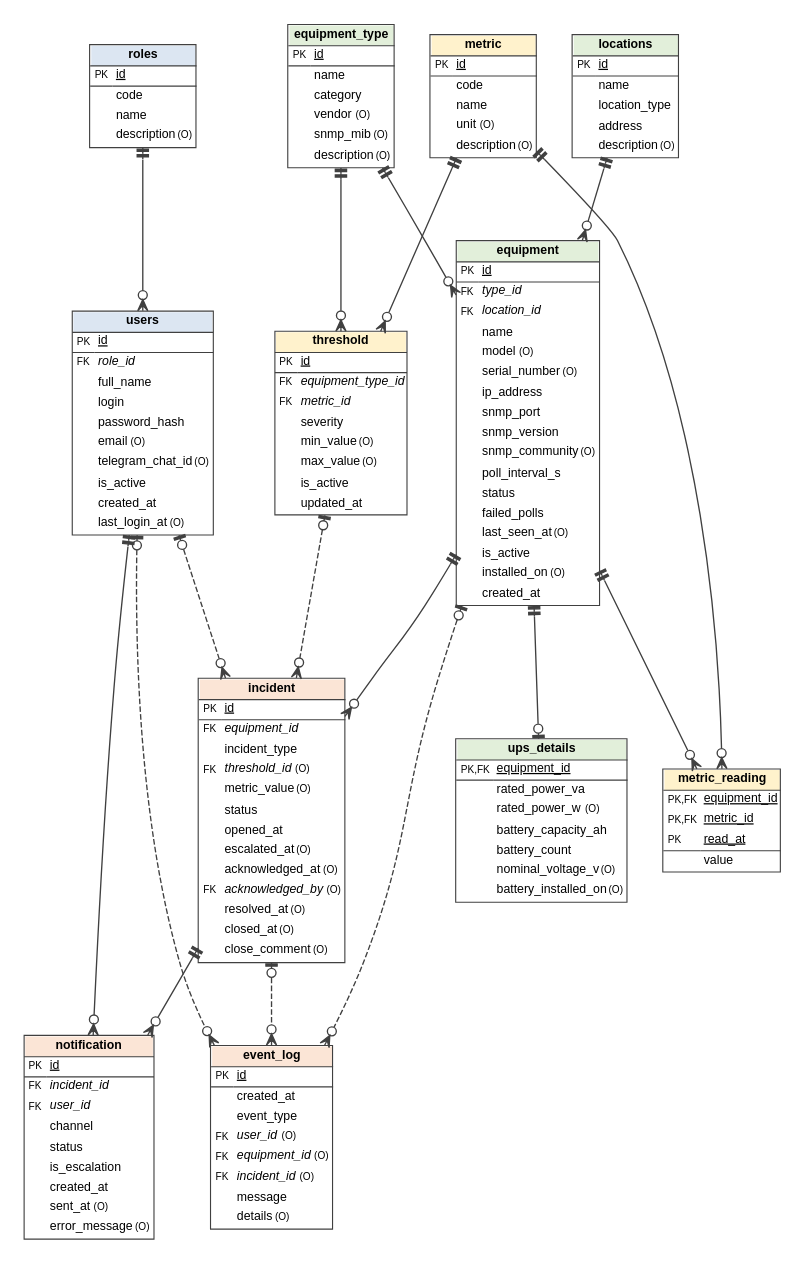
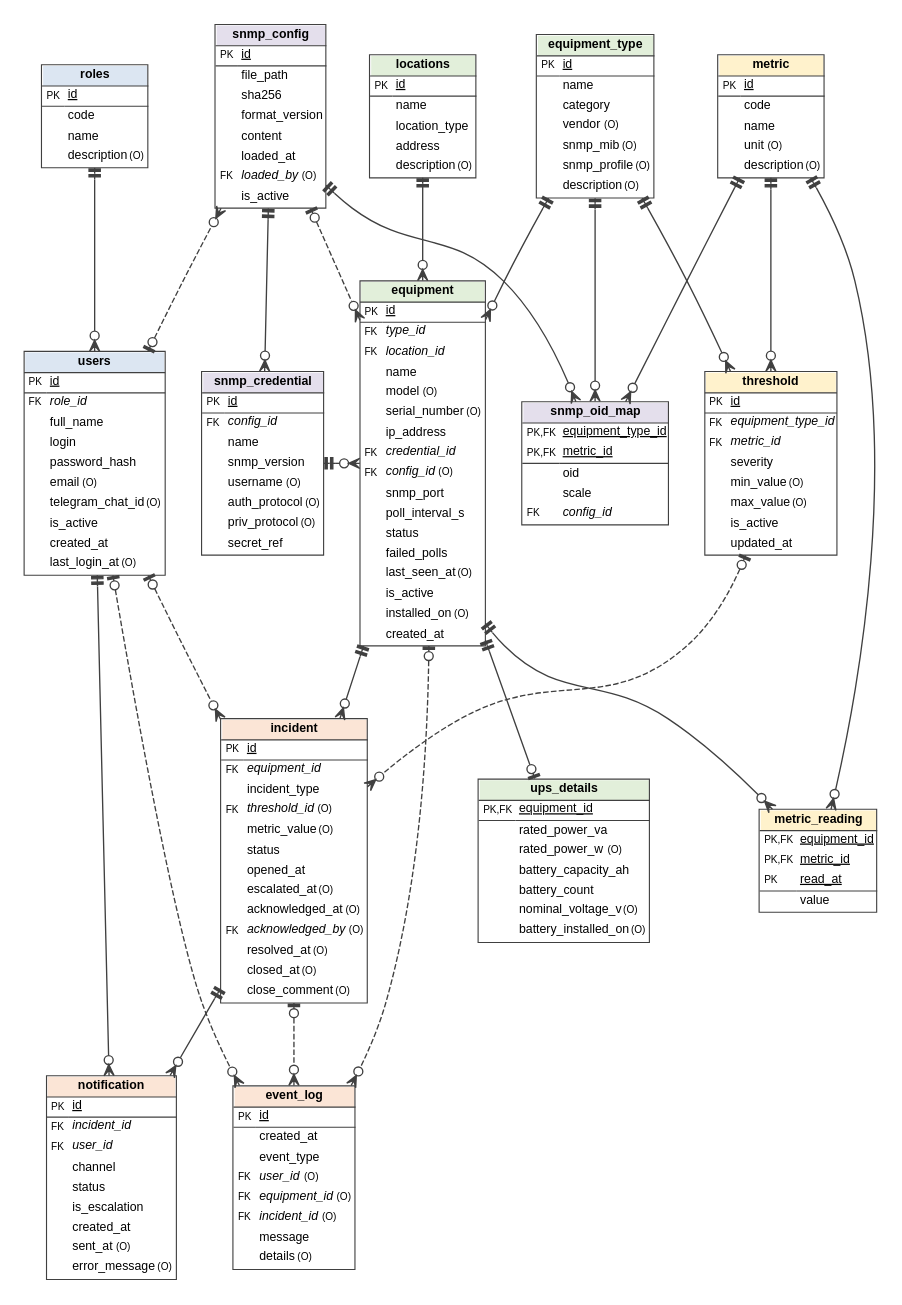
Before and after one commit to KrutoiPatsan13/laba1: the diagram in docs/diagrams/src/03_logical_er.dot, drawn with Graphviz. The commit also changed 18 other files, not shown here.

First line of the commit message:
Link the DB model to the SNMP YAML config file

```diff
--- a/docs/diagrams/src/03_logical_er.dot
+++ b/docs/diagrams/src/03_logical_er.dot
@@ -5,9 +5,12 @@
   roles [label=<<TABLE BORDER="1" CELLBORDER="0" CELLSPACING="0" CELLPADDING="3" COLOR="#404040"><TR><TD COLSPAN="2" BGCOLOR="#DCE6F2" ALIGN="CENTER"><B>roles</B></TD></TR><HR/><TR><TD ALIGN="LEFT"><FONT POINT-SIZE="9">PK</FONT></TD><TD ALIGN="LEFT"><U>id</U></TD></TR><HR/><TR><TD ALIGN="LEFT"> </TD><TD ALIGN="LEFT">code</TD></TR><TR><TD ALIGN="LEFT"> </TD><TD ALIGN="LEFT">name</TD></TR><TR><TD ALIGN="LEFT"> </TD><TD ALIGN="LEFT">description <FONT POINT-SIZE="9">(O)</FONT></TD></TR></TABLE>>];
   users [label=<<TABLE BORDER="1" CELLBORDER="0" CELLSPACING="0" CELLPADDING="3" COLOR="#404040"><TR><TD COLSPAN="2" BGCOLOR="#DCE6F2" ALIGN="CENTER"><B>users</B></TD></TR><HR/><TR><TD ALIGN="LEFT"><FONT POINT-SIZE="9">PK</FONT></TD><TD ALIGN="LEFT"><U>id</U></TD></TR><HR/><TR><TD ALIGN="LEFT"><FONT POINT-SIZE="9">FK</FONT></TD><TD ALIGN="LEFT"><I>role_id</I></TD></TR><TR><TD ALIGN="LEFT"> </TD><TD ALIGN="LEFT">full_name</TD></TR><TR><TD ALIGN="LEFT"> </TD><TD ALIGN="LEFT">login</TD></TR><TR><TD ALIGN="LEFT"> </TD><TD ALIGN="LEFT">password_hash</TD></TR><TR><TD ALIGN="LEFT"> </TD><TD ALIGN="LEFT">email <FONT POINT-SIZE="9">(O)</FONT></TD></TR><TR><TD ALIGN="LEFT"> </TD><TD ALIGN="LEFT">telegram_chat_id <FONT POINT-SIZE="9">(O)</FONT></TD></TR><TR><TD ALIGN="LEFT"> </TD><TD ALIGN="LEFT">is_active</TD></TR><TR><TD ALIGN="LEFT"> </TD><TD ALIGN="LEFT">created_at</TD></TR><TR><TD ALIGN="LEFT"> </TD><TD ALIGN="LEFT">last_login_at <FONT POINT-SIZE="9">(O)</FONT></TD></TR></TABLE>>];
   locations [label=<<TABLE BORDER="1" CELLBORDER="0" CELLSPACING="0" CELLPADDING="3" COLOR="#404040"><TR><TD COLSPAN="2" BGCOLOR="#E2EFDA" ALIGN="CENTER"><B>locations</B></TD></TR><HR/><TR><TD ALIGN="LEFT"><FONT POINT-SIZE="9">PK</FONT></TD><TD ALIGN="LEFT"><U>id</U></TD></TR><HR/><TR><TD ALIGN="LEFT"> </TD><TD ALIGN="LEFT">name</TD></TR><TR><TD ALIGN="LEFT"> </TD><TD ALIGN="LEFT">location_type</TD></TR><TR><TD ALIGN="LEFT"> </TD><TD ALIGN="LEFT">address</TD></TR><TR><TD ALIGN="LEFT"> </TD><TD ALIGN="LEFT">description <FONT POINT-SIZE="9">(O)</FONT></TD></TR></TABLE>>];
-  equipment_type [label=<<TABLE BORDER="1" CELLBORDER="0" CELLSPACING="0" CELLPADDING="3" COLOR="#404040"><TR><TD COLSPAN="2" BGCOLOR="#E2EFDA" ALIGN="CENTER"><B>equipment_type</B></TD></TR><HR/><TR><TD ALIGN="LEFT"><FONT POINT-SIZE="9">PK</FONT></TD><TD ALIGN="LEFT"><U>id</U></TD></TR><HR/><TR><TD ALIGN="LEFT"> </TD><TD ALIGN="LEFT">name</TD></TR><TR><TD ALIGN="LEFT"> </TD><TD ALIGN="LEFT">category</TD></TR><TR><TD ALIGN="LEFT"> </TD><TD ALIGN="LEFT">vendor <FONT POINT-SIZE="9">(O)</FONT></TD></TR><TR><TD ALIGN="LEFT"> </TD><TD ALIGN="LEFT">snmp_mib <FONT POINT-SIZE="9">(O)</FONT></TD></TR><TR><TD ALIGN="LEFT"> </TD><TD ALIGN="LEFT">description <FONT POINT-SIZE="9">(O)</FONT></TD></TR></TABLE>>];
+  equipment_type [label=<<TABLE BORDER="1" CELLBORDER="0" CELLSPACING="0" CELLPADDING="3" COLOR="#404040"><TR><TD COLSPAN="2" BGCOLOR="#E2EFDA" ALIGN="CENTER"><B>equipment_type</B></TD></TR><HR/><TR><TD ALIGN="LEFT"><FONT POINT-SIZE="9">PK</FONT></TD><TD ALIGN="LEFT"><U>id</U></TD></TR><HR/><TR><TD ALIGN="LEFT"> </TD><TD ALIGN="LEFT">name</TD></TR><TR><TD ALIGN="LEFT"> </TD><TD ALIGN="LEFT">category</TD></TR><TR><TD ALIGN="LEFT"> </TD><TD ALIGN="LEFT">vendor <FONT POINT-SIZE="9">(O)</FONT></TD></TR><TR><TD ALIGN="LEFT"> </TD><TD ALIGN="LEFT">snmp_mib <FONT POINT-SIZE="9">(O)</FONT></TD></TR><TR><TD ALIGN="LEFT"> </TD><TD ALIGN="LEFT">snmp_profile <FONT POINT-SIZE="9">(O)</FONT></TD></TR><TR><TD ALIGN="LEFT"> </TD><TD ALIGN="LEFT">description <FONT POINT-SIZE="9">(O)</FONT></TD></TR></TABLE>>];
   metric [label=<<TABLE BORDER="1" CELLBORDER="0" CELLSPACING="0" CELLPADDING="3" COLOR="#404040"><TR><TD COLSPAN="2" BGCOLOR="#FFF2CC" ALIGN="CENTER"><B>metric</B></TD></TR><HR/><TR><TD ALIGN="LEFT"><FONT POINT-SIZE="9">PK</FONT></TD><TD ALIGN="LEFT"><U>id</U></TD></TR><HR/><TR><TD ALIGN="LEFT"> </TD><TD ALIGN="LEFT">code</TD></TR><TR><TD ALIGN="LEFT"> </TD><TD ALIGN="LEFT">name</TD></TR><TR><TD ALIGN="LEFT"> </TD><TD ALIGN="LEFT">unit <FONT POINT-SIZE="9">(O)</FONT></TD></TR><TR><TD ALIGN="LEFT"> </TD><TD ALIGN="LEFT">description <FONT POINT-SIZE="9">(O)</FONT></TD></TR></TABLE>>];
-  equipment [label=<<TABLE BORDER="1" CELLBORDER="0" CELLSPACING="0" CELLPADDING="3" COLOR="#404040"><TR><TD COLSPAN="2" BGCOLOR="#E2EFDA" ALIGN="CENTER"><B>equipment</B></TD></TR><HR/><TR><TD ALIGN="LEFT"><FONT POINT-SIZE="9">PK</FONT></TD><TD ALIGN="LEFT"><U>id</U></TD></TR><HR/><TR><TD ALIGN="LEFT"><FONT POINT-SIZE="9">FK</FONT></TD><TD ALIGN="LEFT"><I>type_id</I></TD></TR><TR><TD ALIGN="LEFT"><FONT POINT-SIZE="9">FK</FONT></TD><TD ALIGN="LEFT"><I>location_id</I></TD></TR><TR><TD ALIGN="LEFT"> </TD><TD ALIGN="LEFT">name</TD></TR><TR><TD ALIGN="LEFT"> </TD><TD ALIGN="LEFT">model <FONT POINT-SIZE="9">(O)</FONT></TD></TR><TR><TD ALIGN="LEFT"> </TD><TD ALIGN="LEFT">serial_number <FONT POINT-SIZE="9">(O)</FONT></TD></TR><TR><TD ALIGN="LEFT"> </TD><TD ALIGN="LEFT">ip_address</TD></TR><TR><TD ALIGN="LEFT"> </TD><TD ALIGN="LEFT">snmp_port</TD></TR><TR><TD ALIGN="LEFT"> </TD><TD ALIGN="LEFT">snmp_version</TD></TR><TR><TD ALIGN="LEFT"> </TD><TD ALIGN="LEFT">snmp_community <FONT POINT-SIZE="9">(O)</FONT></TD></TR><TR><TD ALIGN="LEFT"> </TD><TD ALIGN="LEFT">poll_interval_s</TD></TR><TR><TD ALIGN="LEFT"> </TD><TD ALIGN="LEFT">status</TD></TR><TR><TD ALIGN="LEFT"> </TD><TD ALIGN="LEFT">failed_polls</TD></TR><TR><TD ALIGN="LEFT"> </TD><TD ALIGN="LEFT">last_seen_at <FONT POINT-SIZE="9">(O)</FONT></TD></TR><TR><TD ALIGN="LEFT"> </TD><TD ALIGN="LEFT">is_active</TD></TR><TR><TD ALIGN="LEFT"> </TD><TD ALIGN="LEFT">installed_on <FONT POINT-SIZE="9">(O)</FONT></TD></TR><TR><TD ALIGN="LEFT"> </TD><TD ALIGN="LEFT">created_at</TD></TR></TABLE>>];
+  snmp_config [label=<<TABLE BORDER="1" CELLBORDER="0" CELLSPACING="0" CELLPADDING="3" COLOR="#404040"><TR><TD COLSPAN="2" BGCOLOR="#E4DFEC" ALIGN="CENTER"><B>snmp_config</B></TD></TR><HR/><TR><TD ALIGN="LEFT"><FONT POINT-SIZE="9">PK</FONT></TD><TD ALIGN="LEFT"><U>id</U></TD></TR><HR/><TR><TD ALIGN="LEFT"> </TD><TD ALIGN="LEFT">file_path</TD></TR><TR><TD ALIGN="LEFT"> </TD><TD ALIGN="LEFT">sha256</TD></TR><TR><TD ALIGN="LEFT"> </TD><TD ALIGN="LEFT">format_version</TD></TR><TR><TD ALIGN="LEFT"> </TD><TD ALIGN="LEFT">content</TD></TR><TR><TD ALIGN="LEFT"> </TD><TD ALIGN="LEFT">loaded_at</TD></TR><TR><TD ALIGN="LEFT"><FONT POINT-SIZE="9">FK</FONT></TD><TD ALIGN="LEFT"><I>loaded_by</I> <FONT POINT-SIZE="9">(O)</FONT></TD></TR><TR><TD ALIGN="LEFT"> </TD><TD ALIGN="LEFT">is_active</TD></TR></TABLE>>];
+  snmp_credential [label=<<TABLE BORDER="1" CELLBORDER="0" CELLSPACING="0" CELLPADDING="3" COLOR="#404040"><TR><TD COLSPAN="2" BGCOLOR="#E4DFEC" ALIGN="CENTER"><B>snmp_credential</B></TD></TR><HR/><TR><TD ALIGN="LEFT"><FONT POINT-SIZE="9">PK</FONT></TD><TD ALIGN="LEFT"><U>id</U></TD></TR><HR/><TR><TD ALIGN="LEFT"><FONT POINT-SIZE="9">FK</FONT></TD><TD ALIGN="LEFT"><I>config_id</I></TD></TR><TR><TD ALIGN="LEFT"> </TD><TD ALIGN="LEFT">name</TD></TR><TR><TD ALIGN="LEFT"> </TD><TD ALIGN="LEFT">snmp_version</TD></TR><TR><TD ALIGN="LEFT"> </TD><TD ALIGN="LEFT">username <FONT POINT-SIZE="9">(O)</FONT></TD></TR><TR><TD ALIGN="LEFT"> </TD><TD ALIGN="LEFT">auth_protocol <FONT POINT-SIZE="9">(O)</FONT></TD></TR><TR><TD ALIGN="LEFT"> </TD><TD ALIGN="LEFT">priv_protocol <FONT POINT-SIZE="9">(O)</FONT></TD></TR><TR><TD ALIGN="LEFT"> </TD><TD ALIGN="LEFT">secret_ref</TD></TR></TABLE>>];
+  snmp_oid_map [label=<<TABLE BORDER="1" CELLBORDER="0" CELLSPACING="0" CELLPADDING="3" COLOR="#404040"><TR><TD COLSPAN="2" BGCOLOR="#E4DFEC" ALIGN="CENTER"><B>snmp_oid_map</B></TD></TR><HR/><TR><TD ALIGN="LEFT"><FONT POINT-SIZE="9">PK,FK</FONT></TD><TD ALIGN="LEFT"><U>equipment_type_id</U></TD></TR><TR><TD ALIGN="LEFT"><FONT POINT-SIZE="9">PK,FK</FONT></TD><TD ALIGN="LEFT"><U>metric_id</U></TD></TR><HR/><TR><TD ALIGN="LEFT"> </TD><TD ALIGN="LEFT">oid</TD></TR><TR><TD ALIGN="LEFT"> </TD><TD ALIGN="LEFT">scale</TD></TR><TR><TD ALIGN="LEFT"><FONT POINT-SIZE="9">FK</FONT></TD><TD ALIGN="LEFT"><I>config_id</I></TD></TR></TABLE>>];
+  equipment [label=<<TABLE BORDER="1" CELLBORDER="0" CELLSPACING="0" CELLPADDING="3" COLOR="#404040"><TR><TD COLSPAN="2" BGCOLOR="#E2EFDA" ALIGN="CENTER"><B>equipment</B></TD></TR><HR/><TR><TD ALIGN="LEFT"><FONT POINT-SIZE="9">PK</FONT></TD><TD ALIGN="LEFT"><U>id</U></TD></TR><HR/><TR><TD ALIGN="LEFT"><FONT POINT-SIZE="9">FK</FONT></TD><TD ALIGN="LEFT"><I>type_id</I></TD></TR><TR><TD ALIGN="LEFT"><FONT POINT-SIZE="9">FK</FONT></TD><TD ALIGN="LEFT"><I>location_id</I></TD></TR><TR><TD ALIGN="LEFT"> </TD><TD ALIGN="LEFT">name</TD></TR><TR><TD ALIGN="LEFT"> </TD><TD ALIGN="LEFT">model <FONT POINT-SIZE="9">(O)</FONT></TD></TR><TR><TD ALIGN="LEFT"> </TD><TD ALIGN="LEFT">serial_number <FONT POINT-SIZE="9">(O)</FONT></TD></TR><TR><TD ALIGN="LEFT"> </TD><TD ALIGN="LEFT">ip_address</TD></TR><TR><TD ALIGN="LEFT"><FONT POINT-SIZE="9">FK</FONT></TD><TD ALIGN="LEFT"><I>credential_id</I></TD></TR><TR><TD ALIGN="LEFT"><FONT POINT-SIZE="9">FK</FONT></TD><TD ALIGN="LEFT"><I>config_id</I> <FONT POINT-SIZE="9">(O)</FONT></TD></TR><TR><TD ALIGN="LEFT"> </TD><TD ALIGN="LEFT">snmp_port</TD></TR><TR><TD ALIGN="LEFT"> </TD><TD ALIGN="LEFT">poll_interval_s</TD></TR><TR><TD ALIGN="LEFT"> </TD><TD ALIGN="LEFT">status</TD></TR><TR><TD ALIGN="LEFT"> </TD><TD ALIGN="LEFT">failed_polls</TD></TR><TR><TD ALIGN="LEFT"> </TD><TD ALIGN="LEFT">last_seen_at <FONT POINT-SIZE="9">(O)</FONT></TD></TR><TR><TD ALIGN="LEFT"> </TD><TD ALIGN="LEFT">is_active</TD></TR><TR><TD ALIGN="LEFT"> </TD><TD ALIGN="LEFT">installed_on <FONT POINT-SIZE="9">(O)</FONT></TD></TR><TR><TD ALIGN="LEFT"> </TD><TD ALIGN="LEFT">created_at</TD></TR></TABLE>>];
   ups_details [label=<<TABLE BORDER="1" CELLBORDER="0" CELLSPACING="0" CELLPADDING="3" COLOR="#404040"><TR><TD COLSPAN="2" BGCOLOR="#E2EFDA" ALIGN="CENTER"><B>ups_details</B></TD></TR><HR/><TR><TD ALIGN="LEFT"><FONT POINT-SIZE="9">PK,FK</FONT></TD><TD ALIGN="LEFT"><U>equipment_id</U></TD></TR><HR/><TR><TD ALIGN="LEFT"> </TD><TD ALIGN="LEFT">rated_power_va</TD></TR><TR><TD ALIGN="LEFT"> </TD><TD ALIGN="LEFT">rated_power_w <FONT POINT-SIZE="9">(O)</FONT></TD></TR><TR><TD ALIGN="LEFT"> </TD><TD ALIGN="LEFT">battery_capacity_ah</TD></TR><TR><TD ALIGN="LEFT"> </TD><TD ALIGN="LEFT">battery_count</TD></TR><TR><TD ALIGN="LEFT"> </TD><TD ALIGN="LEFT">nominal_voltage_v <FONT POINT-SIZE="9">(O)</FONT></TD></TR><TR><TD ALIGN="LEFT"> </TD><TD ALIGN="LEFT">battery_installed_on <FONT POINT-SIZE="9">(O)</FONT></TD></TR></TABLE>>];
   threshold [label=<<TABLE BORDER="1" CELLBORDER="0" CELLSPACING="0" CELLPADDING="3" COLOR="#404040"><TR><TD COLSPAN="2" BGCOLOR="#FFF2CC" ALIGN="CENTER"><B>threshold</B></TD></TR><HR/><TR><TD ALIGN="LEFT"><FONT POINT-SIZE="9">PK</FONT></TD><TD ALIGN="LEFT"><U>id</U></TD></TR><HR/><TR><TD ALIGN="LEFT"><FONT POINT-SIZE="9">FK</FONT></TD><TD ALIGN="LEFT"><I>equipment_type_id</I></TD></TR><TR><TD ALIGN="LEFT"><FONT POINT-SIZE="9">FK</FONT></TD><TD ALIGN="LEFT"><I>metric_id</I></TD></TR><TR><TD ALIGN="LEFT"> </TD><TD ALIGN="LEFT">severity</TD></TR><TR><TD ALIGN="LEFT"> </TD><TD ALIGN="LEFT">min_value <FONT POINT-SIZE="9">(O)</FONT></TD></TR><TR><TD ALIGN="LEFT"> </TD><TD ALIGN="LEFT">max_value <FONT POINT-SIZE="9">(O)</FONT></TD></TR><TR><TD ALIGN="LEFT"> </TD><TD ALIGN="LEFT">is_active</TD></TR><TR><TD ALIGN="LEFT"> </TD><TD ALIGN="LEFT">updated_at</TD></TR></TABLE>>];
   metric_reading [label=<<TABLE BORDER="1" CELLBORDER="0" CELLSPACING="0" CELLPADDING="3" COLOR="#404040"><TR><TD COLSPAN="2" BGCOLOR="#FFF2CC" ALIGN="CENTER"><B>metric_reading</B></TD></TR><HR/><TR><TD ALIGN="LEFT"><FONT POINT-SIZE="9">PK,FK</FONT></TD><TD ALIGN="LEFT"><U>equipment_id</U></TD></TR><TR><TD ALIGN="LEFT"><FONT POINT-SIZE="9">PK,FK</FONT></TD><TD ALIGN="LEFT"><U>metric_id</U></TD></TR><TR><TD ALIGN="LEFT"><FONT POINT-SIZE="9">PK</FONT></TD><TD ALIGN="LEFT"><U>read_at</U></TD></TR><HR/><TR><TD ALIGN="LEFT"> </TD><TD ALIGN="LEFT">value</TD></TR></TABLE>>];
@@ -15,6 +18,13 @@
   notification [label=<<TABLE BORDER="1" CELLBORDER="0" CELLSPACING="0" CELLPADDING="3" COLOR="#404040"><TR><TD COLSPAN="2" BGCOLOR="#FBE5D6" ALIGN="CENTER"><B>notification</B></TD></TR><HR/><TR><TD ALIGN="LEFT"><FONT POINT-SIZE="9">PK</FONT></TD><TD ALIGN="LEFT"><U>id</U></TD></TR><HR/><TR><TD ALIGN="LEFT"><FONT POINT-SIZE="9">FK</FONT></TD><TD ALIGN="LEFT"><I>incident_id</I></TD></TR><TR><TD ALIGN="LEFT"><FONT POINT-SIZE="9">FK</FONT></TD><TD ALIGN="LEFT"><I>user_id</I></TD></TR><TR><TD ALIGN="LEFT"> </TD><TD ALIGN="LEFT">channel</TD></TR><TR><TD ALIGN="LEFT"> </TD><TD ALIGN="LEFT">status</TD></TR><TR><TD ALIGN="LEFT"> </TD><TD ALIGN="LEFT">is_escalation</TD></TR><TR><TD ALIGN="LEFT"> </TD><TD ALIGN="LEFT">created_at</TD></TR><TR><TD ALIGN="LEFT"> </TD><TD ALIGN="LEFT">sent_at <FONT POINT-SIZE="9">(O)</FONT></TD></TR><TR><TD ALIGN="LEFT"> </TD><TD ALIGN="LEFT">error_message <FONT POINT-SIZE="9">(O)</FONT></TD></TR></TABLE>>];
   event_log [label=<<TABLE BORDER="1" CELLBORDER="0" CELLSPACING="0" CELLPADDING="3" COLOR="#404040"><TR><TD COLSPAN="2" BGCOLOR="#FBE5D6" ALIGN="CENTER"><B>event_log</B></TD></TR><HR/><TR><TD ALIGN="LEFT"><FONT POINT-SIZE="9">PK</FONT></TD><TD ALIGN="LEFT"><U>id</U></TD></TR><HR/><TR><TD ALIGN="LEFT"> </TD><TD ALIGN="LEFT">created_at</TD></TR><TR><TD ALIGN="LEFT"> </TD><TD ALIGN="LEFT">event_type</TD></TR><TR><TD ALIGN="LEFT"><FONT POINT-SIZE="9">FK</FONT></TD><TD ALIGN="LEFT"><I>user_id</I> <FONT POINT-SIZE="9">(O)</FONT></TD></TR><TR><TD ALIGN="LEFT"><FONT POINT-SIZE="9">FK</FONT></TD><TD ALIGN="LEFT"><I>equipment_id</I> <FONT POINT-SIZE="9">(O)</FONT></TD></TR><TR><TD ALIGN="LEFT"><FONT POINT-SIZE="9">FK</FONT></TD><TD ALIGN="LEFT"><I>incident_id</I> <FONT POINT-SIZE="9">(O)</FONT></TD></TR><TR><TD ALIGN="LEFT"> </TD><TD ALIGN="LEFT">message</TD></TR><TR><TD ALIGN="LEFT"> </TD><TD ALIGN="LEFT">details <FONT POINT-SIZE="9">(O)</FONT></TD></TR></TABLE>>];
   roles -> users [arrowtail=teetee, arrowhead=crowodot, style=solid];
+  users -> snmp_config [arrowtail=teeodot, arrowhead=crowodot, style=dashed];
+  snmp_config -> snmp_credential [arrowtail=teetee, arrowhead=crowodot, style=solid];
+  snmp_config -> snmp_oid_map [arrowtail=teetee, arrowhead=crowodot, style=solid];
+  metric -> snmp_oid_map [arrowtail=teetee, arrowhead=crowodot, style=solid];
+  equipment_type -> snmp_oid_map [arrowtail=teetee, arrowhead=crowodot, style=solid];
+  snmp_config -> equipment [arrowtail=teeodot, arrowhead=crowodot, style=dashed];
+  snmp_credential -> equipment [arrowtail=teetee, arrowhead=crowodot, style=solid];
   locations -> equipment [arrowtail=teetee, arrowhead=crowodot, style=solid];
   equipment_type -> equipment [arrowtail=teetee, arrowhead=crowodot, style=solid];
   equipment -> ups_details [arrowtail=teetee, arrowhead=teeodot, style=solid];
@@ -30,4 +40,8 @@
   equipment -> event_log [arrowtail=teeodot, arrowhead=crowodot, style=dashed];
   incident -> event_log [arrowtail=teeodot, arrowhead=crowodot, style=dashed];
   users -> event_log [arrowtail=teeodot, arrowhead=crowodot, style=dashed];
+  { rank=same; roles; locations; equipment_type; metric; snmp_config; }
+  { rank=same; users; snmp_credential; equipment; threshold; snmp_oid_map; }
+  { rank=same; ups_details; metric_reading; incident; }
+  { rank=same; notification; event_log; }
 }
```
